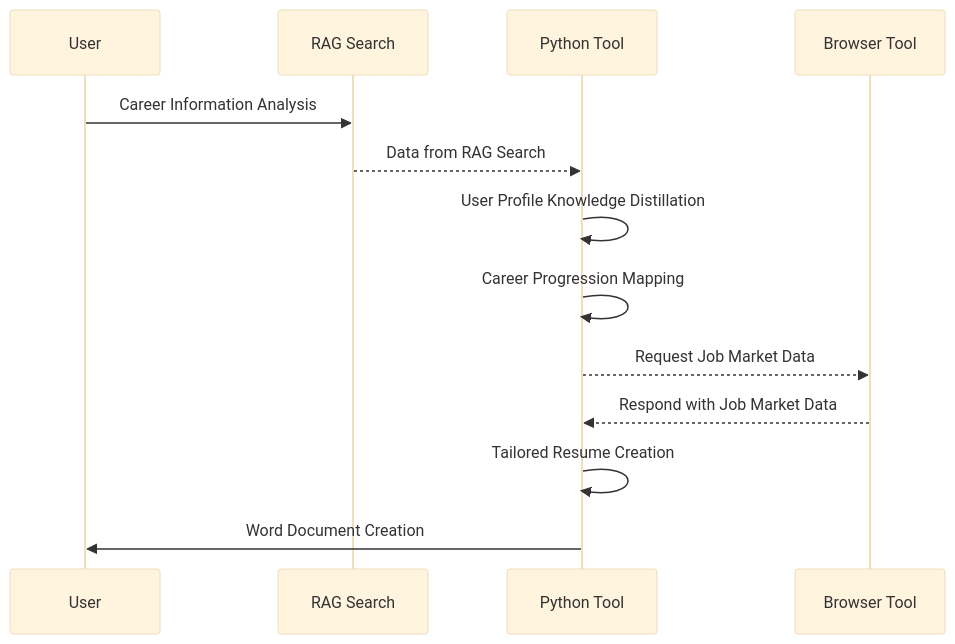
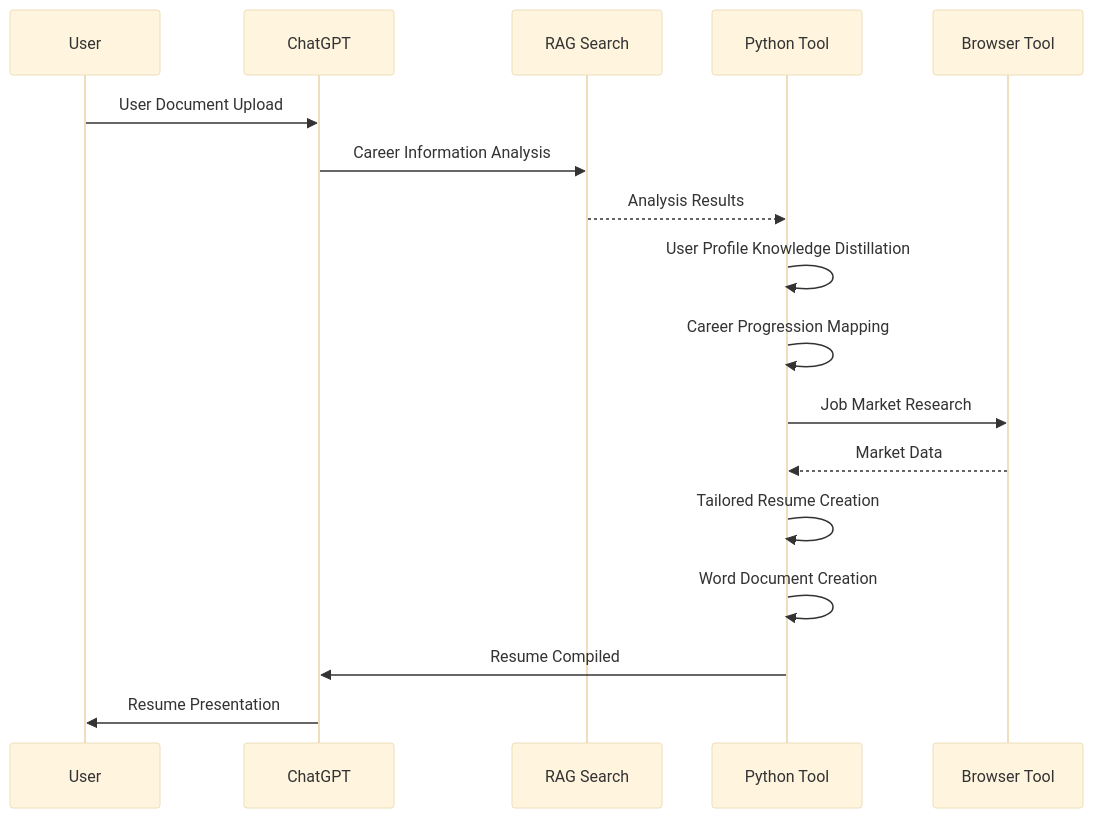
The fourth of 6 diagrams in README.md (nerority/Advanced-GPTs), drawn with Mermaid (base theme) before and after one commit. The commit also changed other lines of this file, not shown here.

````diff
--- a/README.md
+++ b/README.md
@@ -150,16 +151,20 @@
 ```mermaid
 sequenceDiagram
     participant User
+    participant ChatGPT
     participant RAG as RAG Search
-    participant Python as Python Tool
+    participant PythonTool as Python Tool
     participant Browser as Browser Tool
 
-    User->>RAG: Career Information Analysis
-    RAG-->>Python: Data from RAG Search
-    Python->>Python: User Profile Knowledge Distillation
-    Python->>Python: Career Progression Mapping
-    Python-->>Browser: Request Job Market Data
-    Browser-->>Python: Respond with Job Market Data
-    Python->>Python: Tailored Resume Creation
-    Python->>User: Word Document Creation
+    User->>ChatGPT: User Document Upload
+    ChatGPT->>RAG: Career Information Analysis
+    RAG-->>PythonTool: Analysis Results
+    PythonTool->>PythonTool: User Profile Knowledge Distillation
+    PythonTool->>PythonTool: Career Progression Mapping
+    PythonTool->>Browser: Job Market Research
+    Browser-->>PythonTool: Market Data
+    PythonTool->>PythonTool: Tailored Resume Creation
+    PythonTool->>PythonTool: Word Document Creation
+    PythonTool->>ChatGPT: Resume Compiled
+    ChatGPT->>User: Resume Presentation
 ```
````
